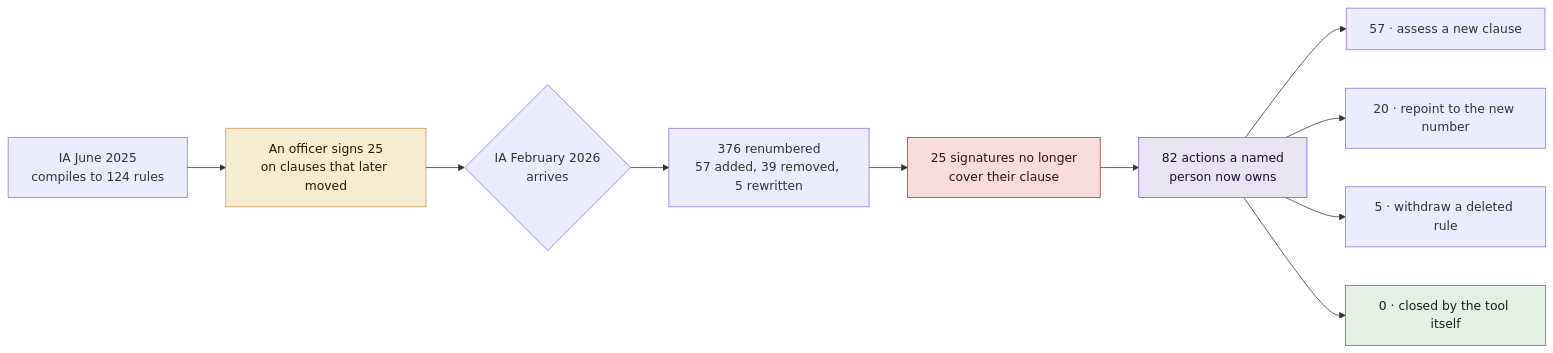
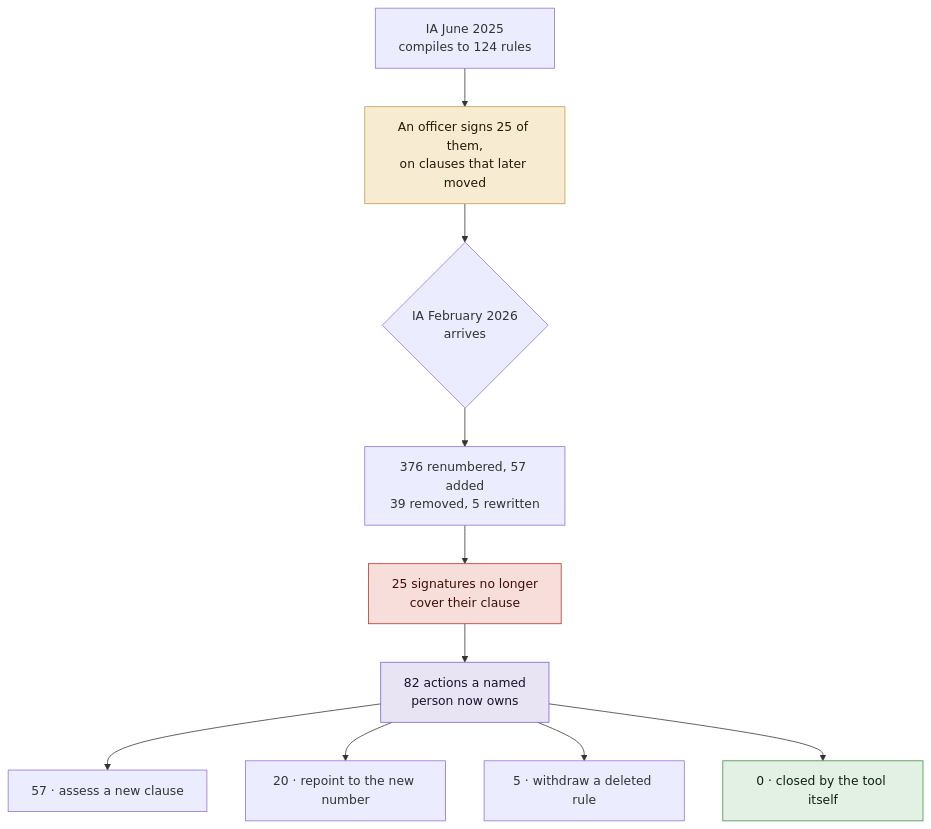
One commit to yerramsettysuchita/sanhita changed diagram 12 of 15 in README.md. Above: the diagram before and after it, drawn with Mermaid. The commit also changed other lines of this file, not shown here.

````diff
--- a/README.md
+++ b/README.md
@@ -911,17 +921,17 @@
 ```mermaid
-flowchart LR
-    A["IA June 2025<br/>compiles to 124 rules"] --> B["An officer signs 25<br/>on clauses that later moved"]
+flowchart TD
+    A["IA June 2025<br/>compiles to 124 rules"] --> B["An officer signs 25 of them,<br/>on clauses that later moved"]
     B --> C{"IA February 2026<br/>arrives"}
-    C --> D["376 renumbered<br/>57 added, 39 removed, 5 rewritten"]
+    C --> D["376 renumbered, 57 added<br/>39 removed, 5 rewritten"]
     D --> E["25 signatures no longer<br/>cover their clause"]
     E --> F["82 actions a named<br/>person now owns"]
     F --> G["57 · assess a new clause"]
     F --> H["20 · repoint to the new number"]
     F --> I["5 · withdraw a deleted rule"]
     F --> J["0 · closed by the tool itself"]
 
     style B fill:#F7EBD2,stroke:#C39A4E,color:#241a08
     style E fill:#F7DEDA,stroke:#B4341F,color:#3d0f08
     style F fill:#E8E4F3,stroke:#7C5CD6,color:#1a1030
     style J fill:#E3F0E4,stroke:#3E8E41,color:#0d2410
 ```
````
